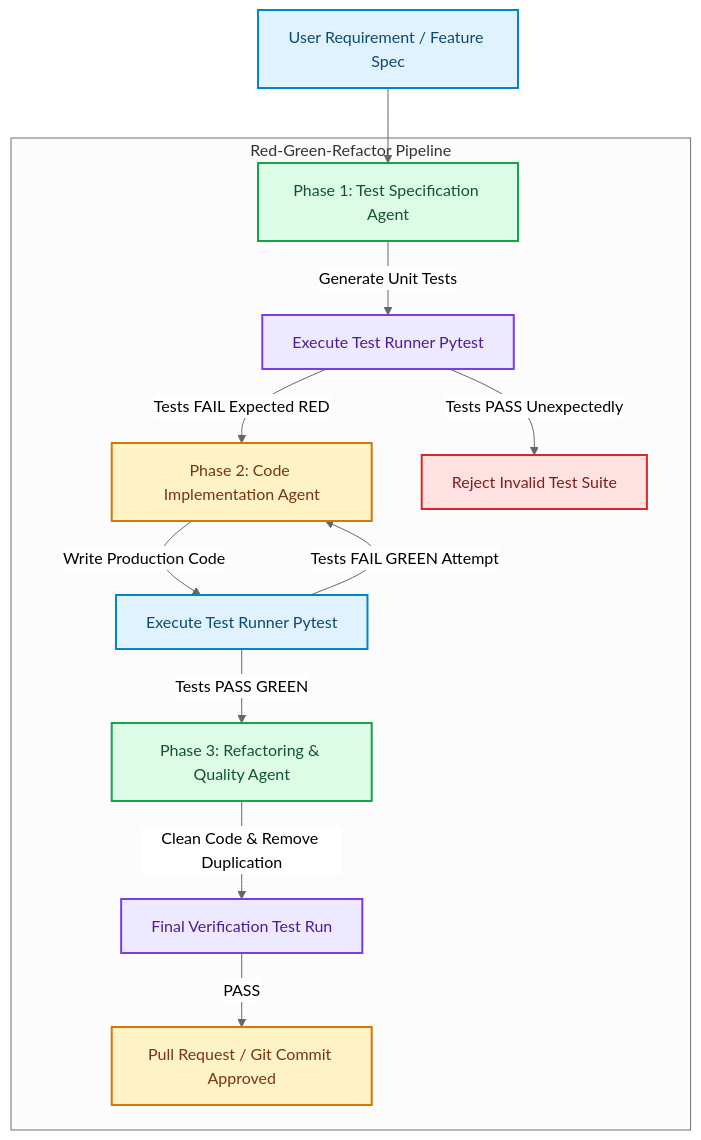
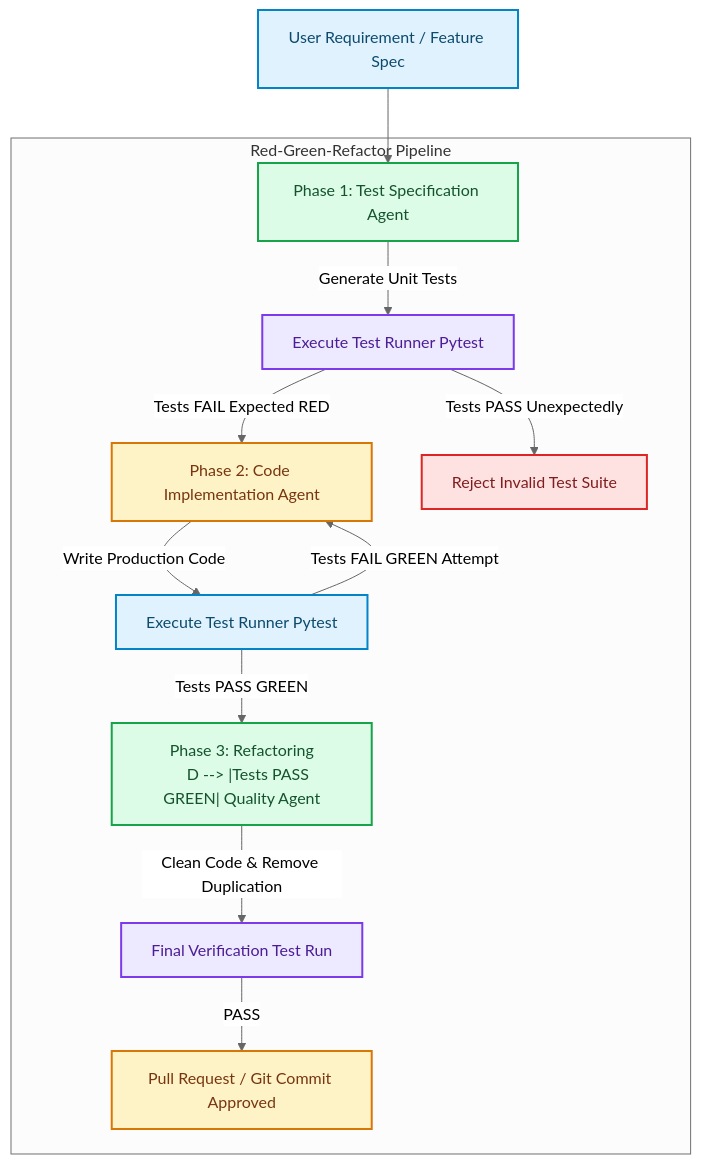
Before and after one commit to akmalkhaniub/akmalkhaniub.github.io: the diagram in blog/posts/agentic-tdd-writing-tests-before-code-autonomous-pipelines.md, drawn with Mermaid (neutral theme). The commit also changed 894 other files, not shown here.

Commit message:
feat(blog): upgrade all 444 posts with unique staggered dates, 2-col Mermaid spines, benchmark tables, code blocks, and trade-offs

````diff
--- a/blog/posts/agentic-tdd-writing-tests-before-code-autonomous-pipelines.md
+++ b/blog/posts/agentic-tdd-writing-tests-before-code-autonomous-pipelines.md
@@ -19,28 +19,29 @@
 ```mermaid
 flowchart TD
   A["User Requirement / Feature Spec"] --> B["Phase 1: Test Specification Agent"]
   
   subgraph SG1_RedGreenRefactor ["Red-Green-Refactor Pipeline"]
     B -->|Generate Unit Tests| C["Execute Test Runner Pytest"]
     C -->|Tests FAIL Expected RED| D["Phase 2: Code Implementation Agent"]
     C -->|Tests PASS Unexpectedly| E["Reject Invalid Test Suite"]
     
     D -->|Write Production Code| F["Execute Test Runner Pytest"]
     F -->|Tests FAIL GREEN Attempt| D
-    F -->|Tests PASS GREEN| G["Phase 3: Refactoring & Quality Agent"]
+    F --> |Tests PASS GREEN| G["Phase 3: Refactoring
+    D --> |Tests PASS GREEN| Quality Agent"]
     
     G -->|Clean Code & Remove Duplication| H["Final Verification Test Run"]
     H -->|PASS| I["Pull Request / Git Commit Approved"]
   end
 
 classDef green fill:#dcfce7,stroke:#16a34a,stroke-width:2px,color:#14532d;
 classDef red fill:#fee2e2,stroke:#dc2626,stroke-width:2px,color:#7f1d1d;
 classDef blue fill:#e0f2fe,stroke:#0284c7,stroke-width:2px,color:#0c4a6e;
 classDef yellow fill:#fef3c7,stroke:#d97706,stroke-width:2px,color:#78350f;
 classDef purple fill:#ede9fe,stroke:#7c3aed,stroke-width:2px,color:#4c1d95;
 class A,F blue
 class B,G green
 class C,H purple
 class D,I yellow
 class E red
 ```
````
